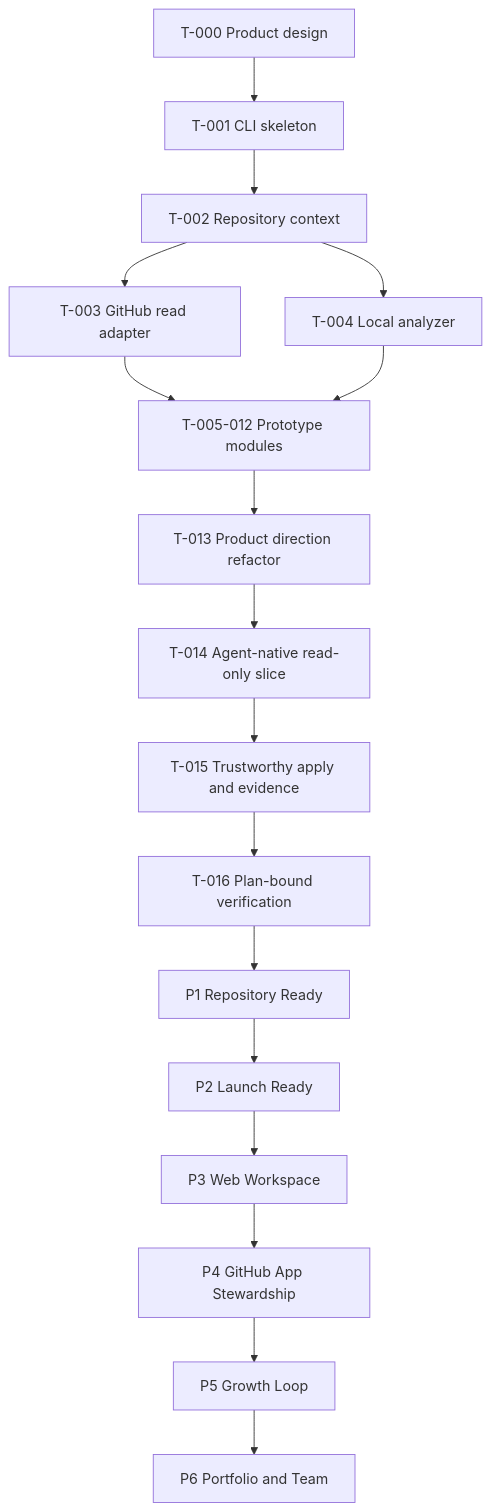
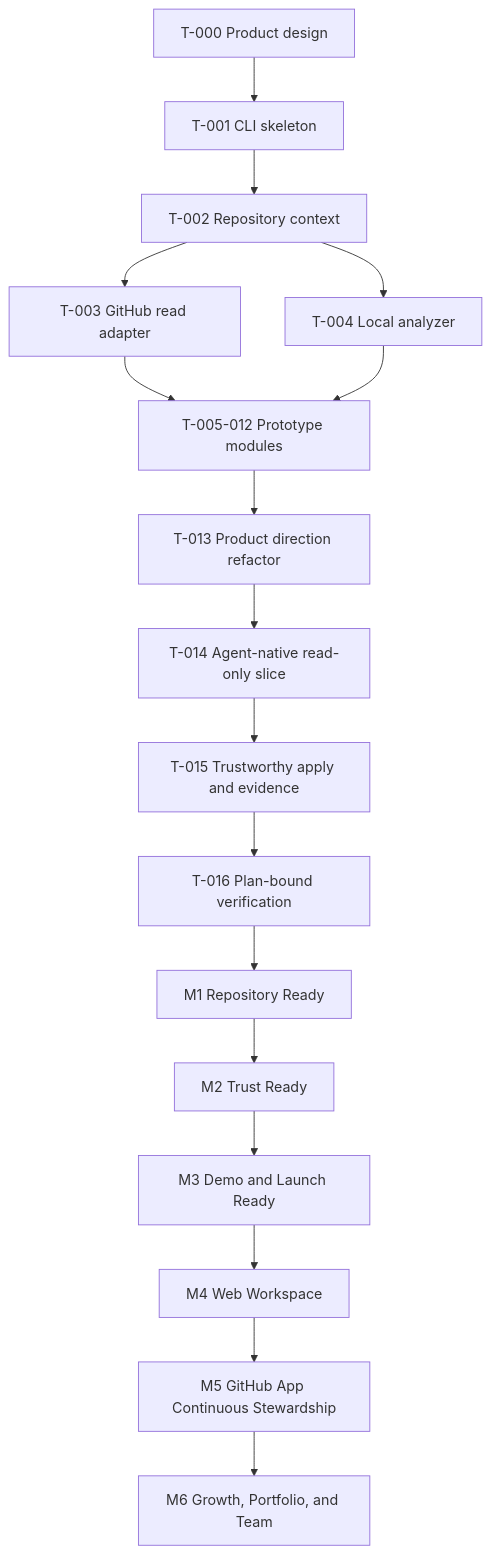
The diagram in docs/TASK_GRAPH.md (HaipingShi/gh-polish), drawn with Mermaid before and after one commit. The commit also changed other lines of this file and 18 other files, not shown here.

````diff
--- a/docs/TASK_GRAPH.md
+++ b/docs/TASK_GRAPH.md
@@ -5,21 +5,21 @@
 ```mermaid
 flowchart TD
     T000["T-000 Product design"] --> T001["T-001 CLI skeleton"]
     T001 --> T002["T-002 Repository context"]
     T002 --> T003["T-003 GitHub read adapter"]
     T002 --> T004["T-004 Local analyzer"]
     T003 --> T00512["T-005-012 Prototype modules"]
     T004 --> T00512
     T00512 --> T013["T-013 Product direction refactor"]
 
     T013 --> T014["T-014 Agent-native read-only slice"]
     T014 --> T015["T-015 Trustworthy apply and evidence"]
     T015 --> T016["T-016 Plan-bound verification"]
 
-    T016 --> P1["P1 Repository Ready"]
-    P1 --> P2["P2 Launch Ready"]
-    P2 --> P3["P3 Web Workspace"]
-    P3 --> P4["P4 GitHub App Stewardship"]
-    P4 --> P5["P5 Growth Loop"]
-    P5 --> P6["P6 Portfolio and Team"]
+    T016 --> M1["M1 Repository Ready"]
+    M1 --> M2["M2 Trust Ready"]
+    M2 --> M3["M3 Demo and Launch Ready"]
+    M3 --> M4["M4 Web Workspace"]
+    M4 --> M5["M5 GitHub App Continuous Stewardship"]
+    M5 --> M6["M6 Growth, Portfolio, and Team"]
 ```
````
